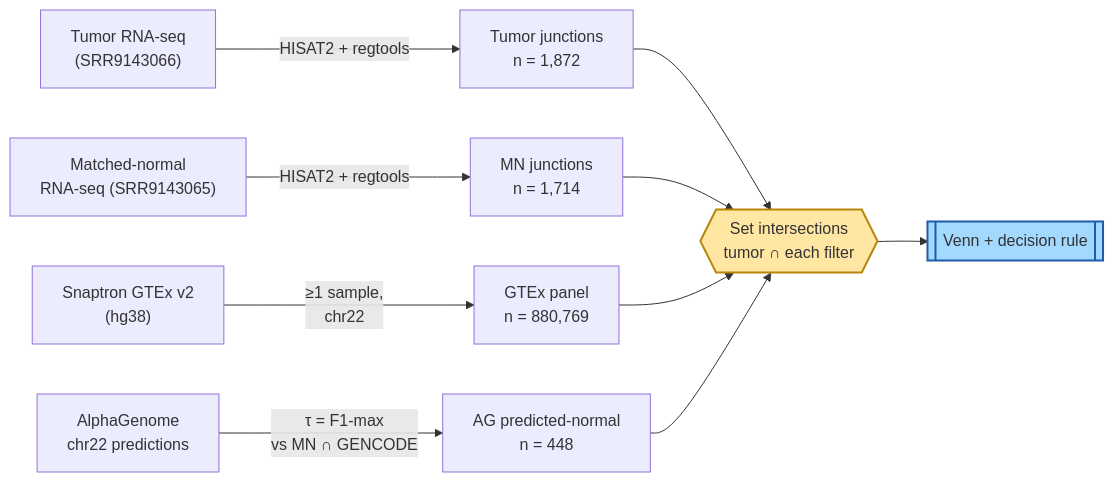
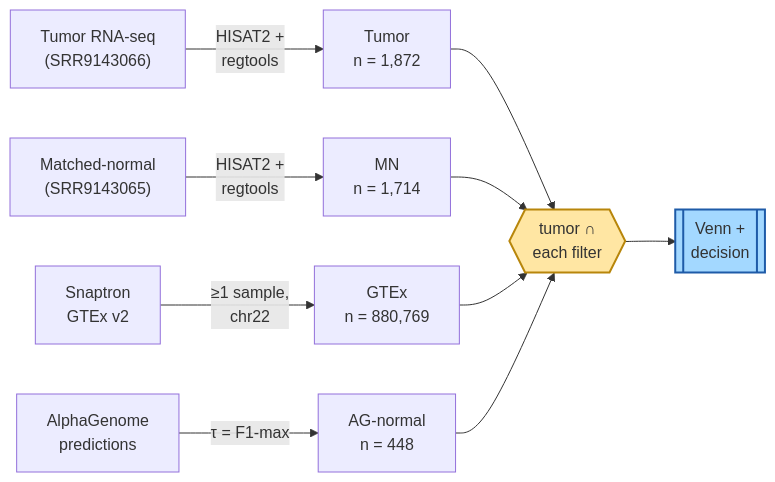
The diagram in research/experiments/issue_225_normal_junction_filter_strength/slides.qmd (Jin-HoMLee/splice-neoepitope-pipeline), drawn with Mermaid before and after one commit. The commit also changed other lines of this file and 1 other file, not shown here.

````diff
--- a/research/experiments/issue_225_normal_junction_filter_strength/slides.qmd
+++ b/research/experiments/issue_225_normal_junction_filter_strength/slides.qmd
@@ -74,16 +73,16 @@
 ```{mermaid}
-%%| fig-width: 11
+%%| fig-width: 9.5
 flowchart LR
-    T["Tumor RNA-seq<br/>(SRR9143066)"] -->|"HISAT2 + regtools"| TJ["Tumor junctions<br/>n = 1,872"]
-    MN["Matched-normal<br/>RNA-seq (SRR9143065)"] -->|"HISAT2 + regtools"| MS["MN junctions<br/>n = 1,714"]
-    GT["Snaptron GTEx v2<br/>(hg38)"] -->|"≥1 sample,<br/>chr22"| GS["GTEx panel<br/>n = 880,769"]
-    AG["AlphaGenome<br/>chr22 predictions"] -->|"τ = F1-max<br/>vs MN ∩ GENCODE"| AS["AG predicted-normal<br/>n = 448"]
-    TJ --> R{{"Set intersections<br/>tumor ∩ each filter"}}
+    T["Tumor RNA-seq<br/>(SRR9143066)"] -->|"HISAT2 +<br/>regtools"| TJ["Tumor<br/>n = 1,872"]
+    MN["Matched-normal<br/>(SRR9143065)"] -->|"HISAT2 +<br/>regtools"| MS["MN<br/>n = 1,714"]
+    GT["Snaptron<br/>GTEx v2"] -->|"≥1 sample,<br/>chr22"| GS["GTEx<br/>n = 880,769"]
+    AG["AlphaGenome<br/>predictions"] -->|"τ = F1-max"| AS["AG-normal<br/>n = 448"]
+    TJ --> R{{"tumor ∩<br/>each filter"}}
     MS --> R
     GS --> R
     AS --> R
-    R --> V[["Venn + decision rule"]]
+    R --> V[["Venn +<br/>decision"]]
 
     style R fill:#ffe6a3,stroke:#b8860b,stroke-width:2px
     style V fill:#a3d8ff,stroke:#1e5ba8,stroke-width:2px
 ```
````
